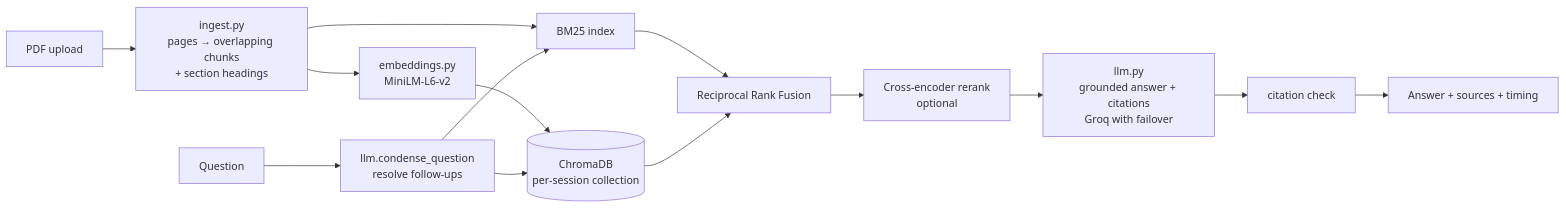
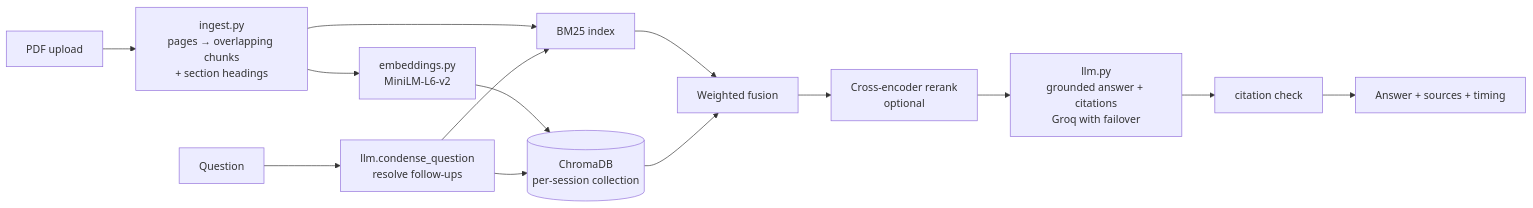
Before and after one commit to thakursamir0000-star/NovaBot: the diagram in README.md, drawn with Mermaid. The commit also changed other lines of this file and 7 other files, not shown here.

First line of the commit message:
Add CI evaluation results, default to weighted fusion, broaden citation parsing

````diff
--- a/README.md
+++ b/README.md
@@ -42,13 +42,13 @@
 ```mermaid
 flowchart LR
     PDF[PDF upload] --> I[ingest.py<br/>pages → overlapping chunks<br/>+ section headings]
     I --> B[BM25 index]
     I --> E[embeddings.py<br/>MiniLM-L6-v2] --> V[(ChromaDB<br/>per-session collection)]
     Q[Question] --> C[llm.condense_question<br/>resolve follow-ups]
     C --> B & V
-    B --> F[Reciprocal Rank Fusion]
+    B --> F[Weighted fusion]
     V --> F
     F --> R[Cross-encoder rerank<br/>optional]
     R --> G[llm.py<br/>grounded answer + citations<br/>Groq with failover]
     G --> K[citation check] --> A[Answer + sources + timing]
 ```
````
